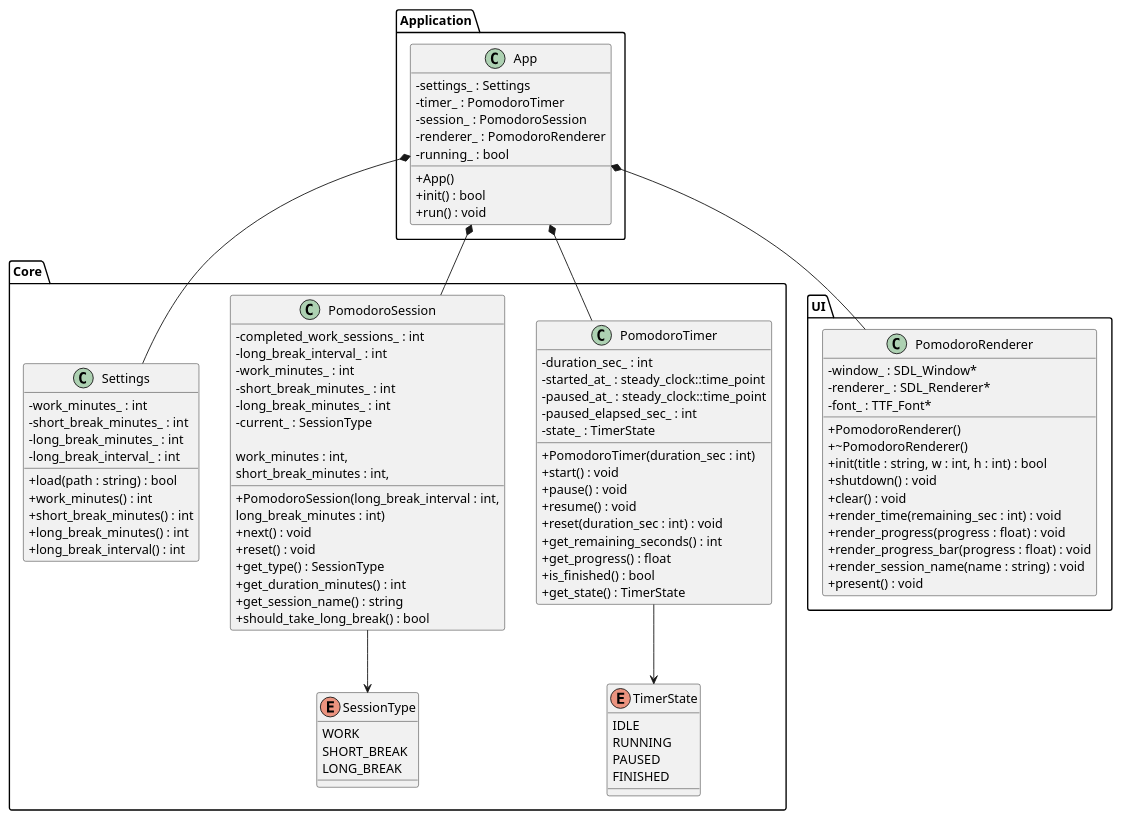
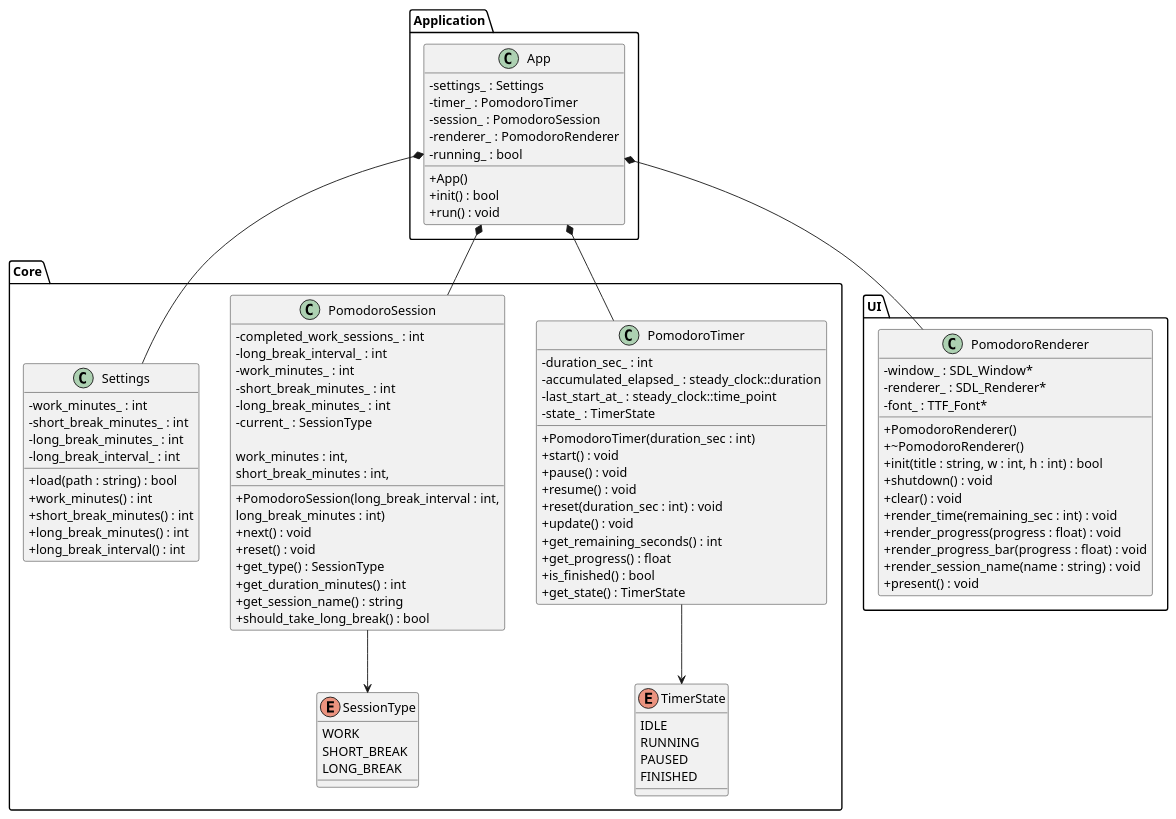
One commit to user4032438215/pomodoro-sdl2 changed the diagram in pomodoro/docs/test.puml. Above: the diagram before and after it, drawn with PlantUML. The commit also changed 4 other files, not shown here.

Commit message:
chore: .puml accumulated_elapsed_ 累積実行時間方式

```diff
--- a/pomodoro/docs/test.puml
+++ b/pomodoro/docs/test.puml
@@ -1,115 +1,113 @@
 @startuml
 
 skinparam classAttributeIconSize 0
 
 package "Core" {
 
     enum SessionType {
         WORK
         SHORT_BREAK
         LONG_BREAK
     }
 
     enum TimerState {
         IDLE
         RUNNING
         PAUSED
         FINISHED
     }
 
     class PomodoroTimer {
         - duration_sec_ : int
-        - started_at_ : steady_clock::time_point
-        - paused_at_ : steady_clock::time_point
-        - paused_elapsed_sec_ : int
+        - accumulated_elapsed_ : steady_clock::duration
+        - last_start_at_ : steady_clock::time_point
         - state_ : TimerState
-
         + PomodoroTimer(duration_sec : int)
         + start() : void
         + pause() : void
         + resume() : void
         + reset(duration_sec : int) : void
+        + update() : void
         + get_remaining_seconds() : int
         + get_progress() : float
         + is_finished() : bool
         + get_state() : TimerState
     }
 
     class PomodoroSession {
         - completed_work_sessions_ : int
         - long_break_interval_ : int
         - work_minutes_ : int
         - short_break_minutes_ : int
         - long_break_minutes_ : int
         - current_ : SessionType
 
         + PomodoroSession(long_break_interval : int,
-                          work_minutes : int,
-                          short_break_minutes : int,
-                          long_break_minutes : int)
+        work_minutes : int,
+        short_break_minutes : int,
+        long_break_minutes : int)
         + next() : void
         + reset() : void
         + get_type() : SessionType
         + get_duration_minutes() : int
         + get_session_name() : string
         + should_take_long_break() : bool
     }
 
     class Settings {
         - work_minutes_ : int
         - short_break_minutes_ : int
         - long_break_minutes_ : int
         - long_break_interval_ : int
-
         + load(path : string) : bool
         + work_minutes() : int
         + short_break_minutes() : int
         + long_break_minutes() : int
         + long_break_interval() : int
     }
 }
 
 package "UI" {
 
     class PomodoroRenderer {
         - window_ : SDL_Window*
         - renderer_ : SDL_Renderer*
         - font_ : TTF_Font*
 
         + PomodoroRenderer()
         + ~PomodoroRenderer()
         + init(title : string, w : int, h : int) : bool
         + shutdown() : void
         + clear() : void
         + render_time(remaining_sec : int) : void
         + render_progress(progress : float) : void
         + render_progress_bar(progress : float) : void
         + render_session_name(name : string) : void
         + present() : void
     }
 }
 
 package "Application" {
 
     class App {
         - settings_ : Settings
         - timer_ : PomodoroTimer
         - session_ : PomodoroSession
         - renderer_ : PomodoroRenderer
         - running_ : bool
 
         + App()
         + init() : bool
         + run() : void
     }
 }
 
 App *-- PomodoroTimer
 App *-- PomodoroSession
 App *-- Settings
 App *-- PomodoroRenderer
 
 PomodoroSession --> SessionType
 PomodoroTimer --> TimerState
 
 @enduml
```
